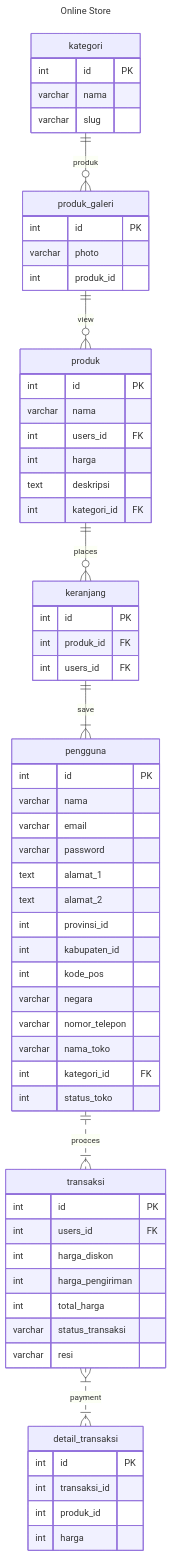
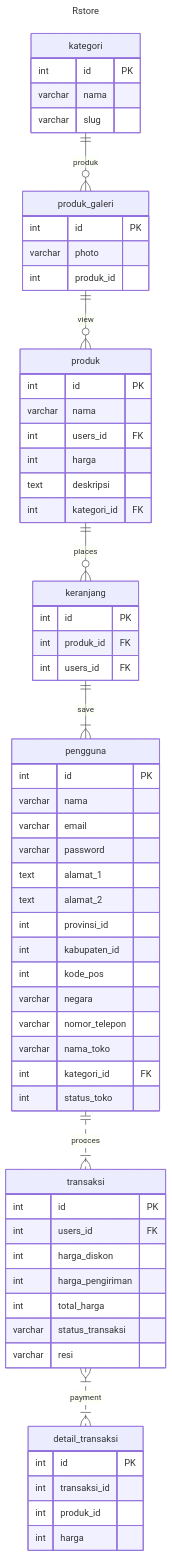
One commit to sugazq/jobInterview changed the first of 2 diagrams in job-interview-answers.md. Above: the diagram before and after it, drawn with Mermaid.

````diff
--- a/job-interview-answers.md
+++ b/job-interview-answers.md
@@ -58,56 +58,56 @@
 ```mermaid
 ---
-title: Online Store
+title:  Rstore
 ---
 erDiagram
     kategori ||--o{ produk_galeri : produk kategori {
         int id PK
         varchar nama
         varchar slug
 } produk_galeri ||--o{ produk : view produk_galeri {
         int id PK
         varchar photo
         int produk_id
 } produk ||--o{ keranjang : places produk {
         int id PK
         varchar nama
         int users_id FK
         int harga
         text deskripsi
         int kategori_id FK
 } keranjang ||--|{ pengguna : save keranjang {
         int id PK
         int produk_id FK
         int users_id FK
 } pengguna ||..|{ transaksi : procces pengguna {
         int id PK
         varchar nama
         varchar email
         varchar password
         text alamat_1
         text alamat_2
         int provinsi_id
         int kabupaten_id
         int kode_pos
         varchar negara
         varchar nomor_telepon
         varchar nama_toko
         int kategori_id FK
         int status_toko
 } transaksi }|..|{ detail_transaksi : payment transaksi {
         int id PK
         int users_id FK
         int harga_diskon
         int harga_pengiriman
         int total_harga
         varchar status_transaksi
         varchar resi
 } detail_transaksi {
         int id PK
         int transaksi_id
         int produk_id
         int harga
 }
 
     
 ```
````
